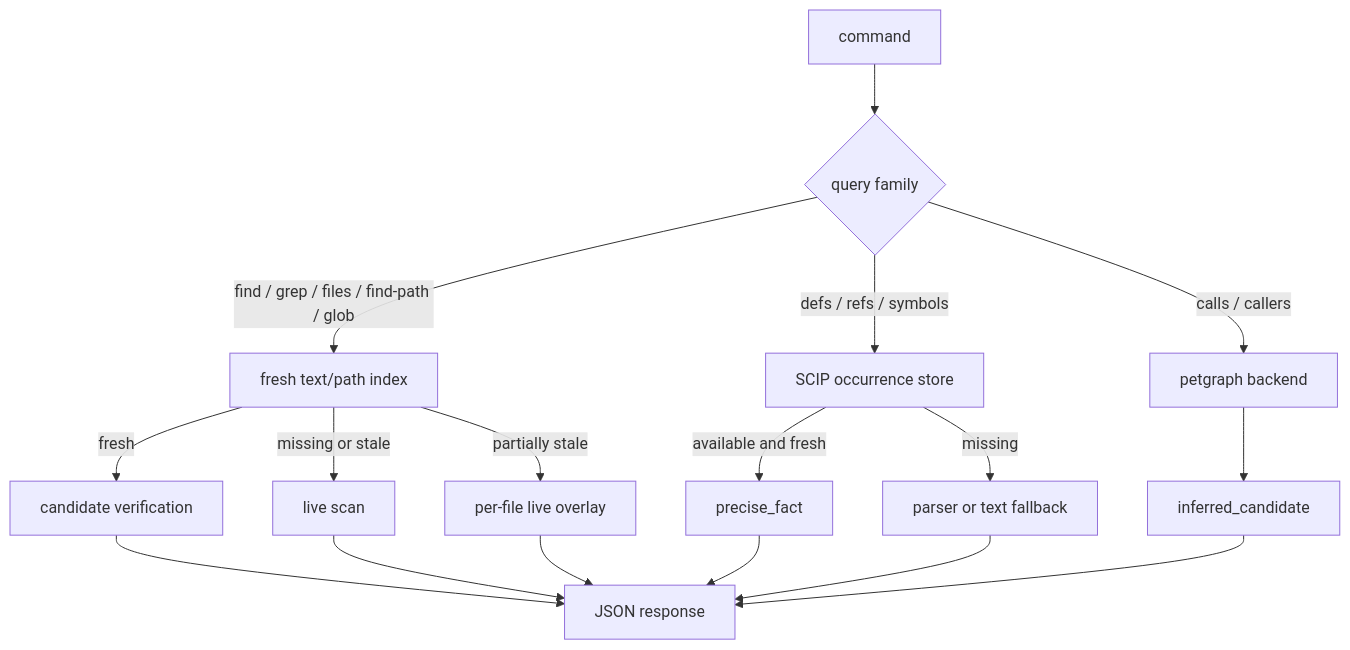
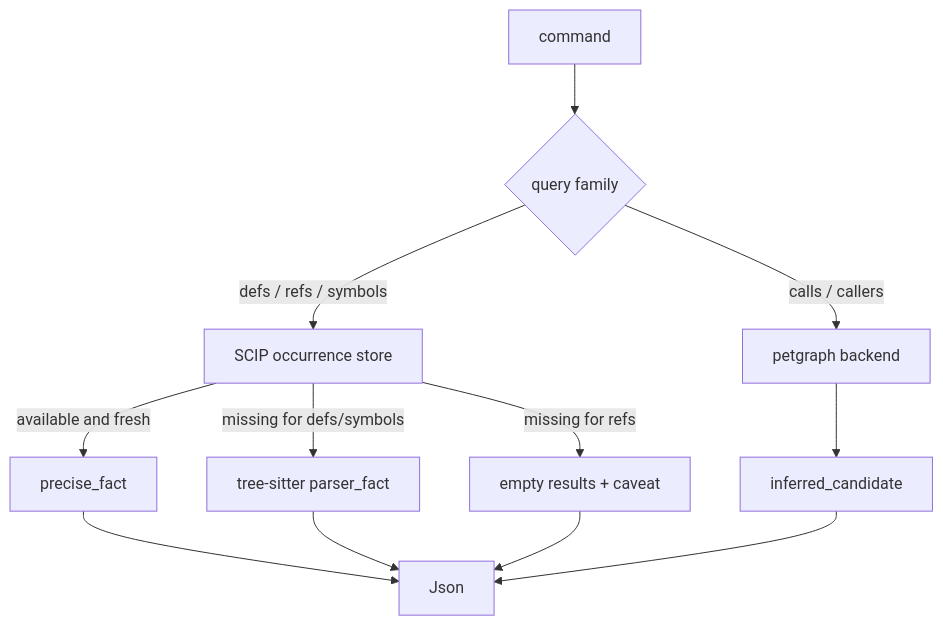
The third of 6 diagrams in docs/01-architecture.md (mars167/CodeTrail), drawn with Mermaid before and after one commit. The commit also changed other lines of this file and 29 other files, not shown here.

````diff
--- a/docs/01-architecture.md
+++ b/docs/01-architecture.md
@@ -69,23 +62,17 @@
 ```mermaid
 flowchart TD
   Cmd["command"] --> Kind{"query family"}
 
-  Kind -->|find / grep / files / find-path / glob| Text["fresh text/path index"]
-  Text -->|fresh| Verify["candidate verification"]
-  Text -->|missing or stale| Scan["live scan"]
-  Text -->|partially stale| Overlay["per-file live overlay"]
-
   Kind -->|defs / refs / symbols| Scip["SCIP occurrence store"]
   Scip -->|available and fresh| Precise["precise_fact"]
-  Scip -->|missing| Fallback["parser or text fallback"]
+  Scip -->|missing for defs/symbols| Fallback["tree-sitter parser_fact"]
+  Scip -->|missing for refs| Reject["empty results + caveat"]
 
   Kind -->|calls / callers| Graph["petgraph backend"]
   Graph --> Candidate["inferred_candidate"]
 
-  Verify --> Json["JSON response"]
-  Scan --> Json
-  Overlay --> Json
   Precise --> Json
   Fallback --> Json
+  Reject --> Json
   Candidate --> Json
 ```
````
